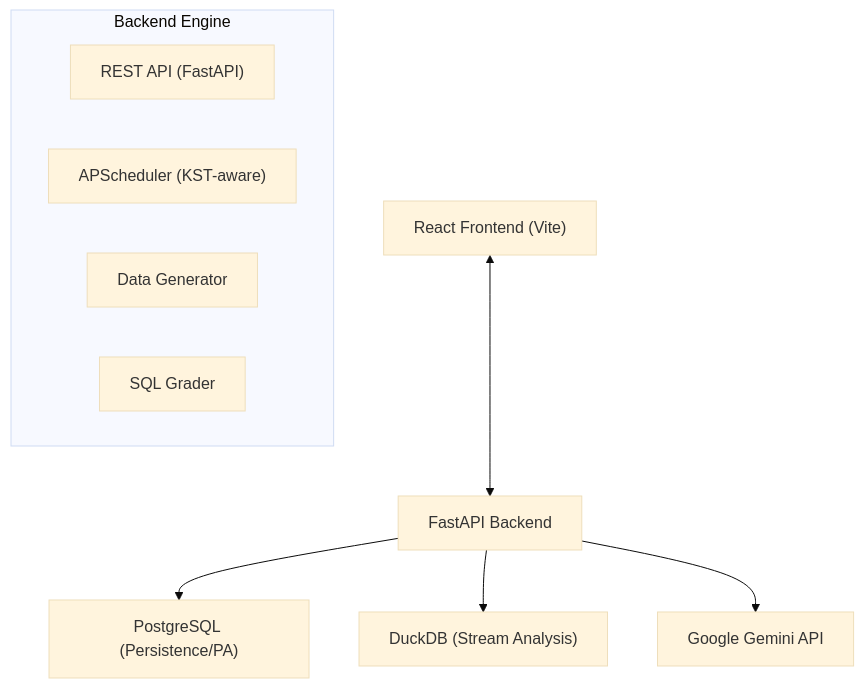
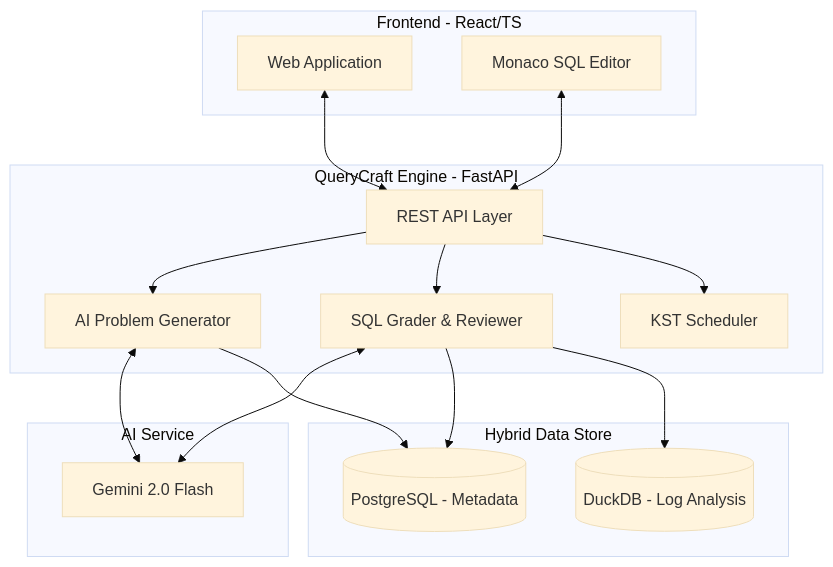
Before and after one commit to KnellBalm/QueryCraft: the diagram in README.md, drawn with Mermaid (base theme). The commit also changed other lines of this file and 7 other files, not shown here.

````diff
--- a/README.md
+++ b/README.md
@@ -24,15 +52,30 @@
 ```mermaid
-graph TD
-    Client["React Frontend (Vite)"] <--> Backend["FastAPI Backend"]
-    
-    subgraph "Backend Engine"
-        API["REST API (FastAPI)"]
-        Scheduler["APScheduler (KST-aware)"]
-        Gen["Data Generator"]
-        Grader["SQL Grader"]
+flowchart TD
+    subgraph Frontend [Frontend - React/TS]
+        Web[Web Application]
+        Editor[Monaco SQL Editor]
     end
-    
-    Backend --> PG["PostgreSQL (Persistence/PA)"]
-    Backend --> Duck["DuckDB (Stream Analysis)"]
-    Backend --> AI["Google Gemini API"]
+
+    subgraph Backend [QueryCraft Engine - FastAPI]
+        API[REST API Layer]
+        Gen[AI Problem Generator]
+        Grade[SQL Grader & Reviewer]
+        Sched[KST Scheduler]
+    end
+
+    subgraph Storage [Hybrid Data Store]
+        PG[(PostgreSQL - Metadata)]
+        Duck[(DuckDB - Log Analysis)]
+    end
+
+    subgraph External [AI Service]
+        Gemini[Gemini 2.0 Flash]
+    end
+
+    Web <--> API
+    Editor <--> API
+    API --> Gen & Grade & Sched
+    Gen & Grade <--> Gemini
+    Grade --> PG & Duck
+    Gen --> PG
 ```
````
